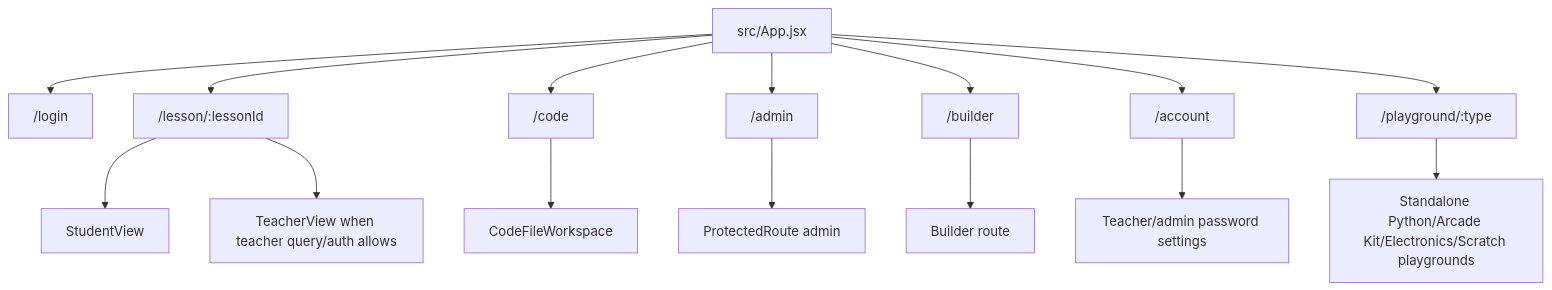
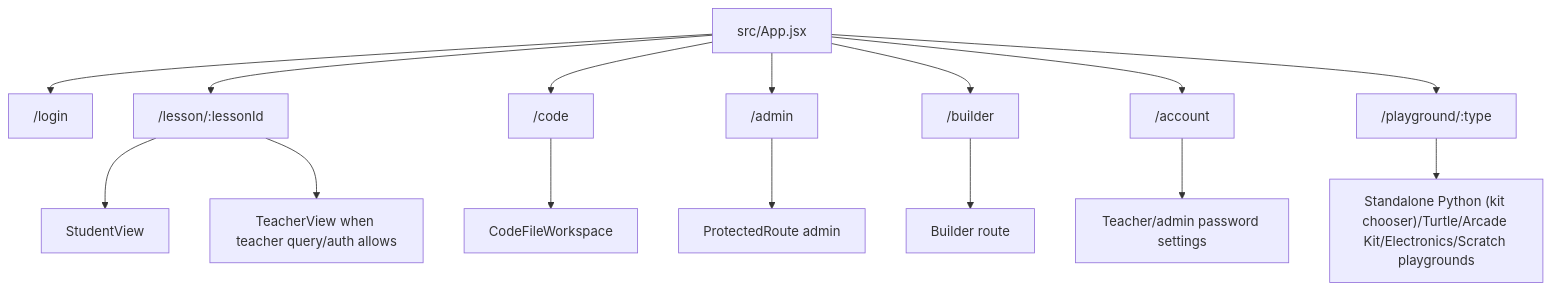
One commit to Headstart-Coding-Launchpad/editor changed the first of 5 diagrams in docs/architecture/runtime-flows.md. Above: the diagram before and after it, drawn with Mermaid. The commit also changed 7 other files, not shown here.

First line of the commit message:
docs: playground kit chooser, Turtle playground, Help topics, Carry on key; playgrounds private as an agreed tutor-visibility gap

````diff
--- a/docs/architecture/runtime-flows.md
+++ b/docs/architecture/runtime-flows.md
@@ -11,17 +11,17 @@
 ```mermaid
 flowchart TD
   App["src/App.jsx"] --> Login["/login"]
   App --> Lesson["/lesson/:lessonId"]
   App --> Code["/code"]
   App --> Admin["/admin"]
   App --> Builder["/builder"]
   App --> Account["/account"]
   App --> Playground["/playground/:type"]
   Lesson --> Student["StudentView"]
   Lesson --> Teacher["TeacherView when teacher query/auth allows"]
   Code --> CodeWorkspace["CodeFileWorkspace"]
   Admin --> Protected["ProtectedRoute admin"]
   Builder --> BuilderApp["Builder route"]
   Account --> AccountSettings["Teacher/admin password settings"]
-  Playground --> PlaygroundView["Standalone Python/Arcade Kit/Electronics/Scratch playgrounds"]
+  Playground --> PlaygroundView["Standalone Python (kit chooser)/Turtle/Arcade Kit/Electronics/Scratch playgrounds"]
 ```
````
